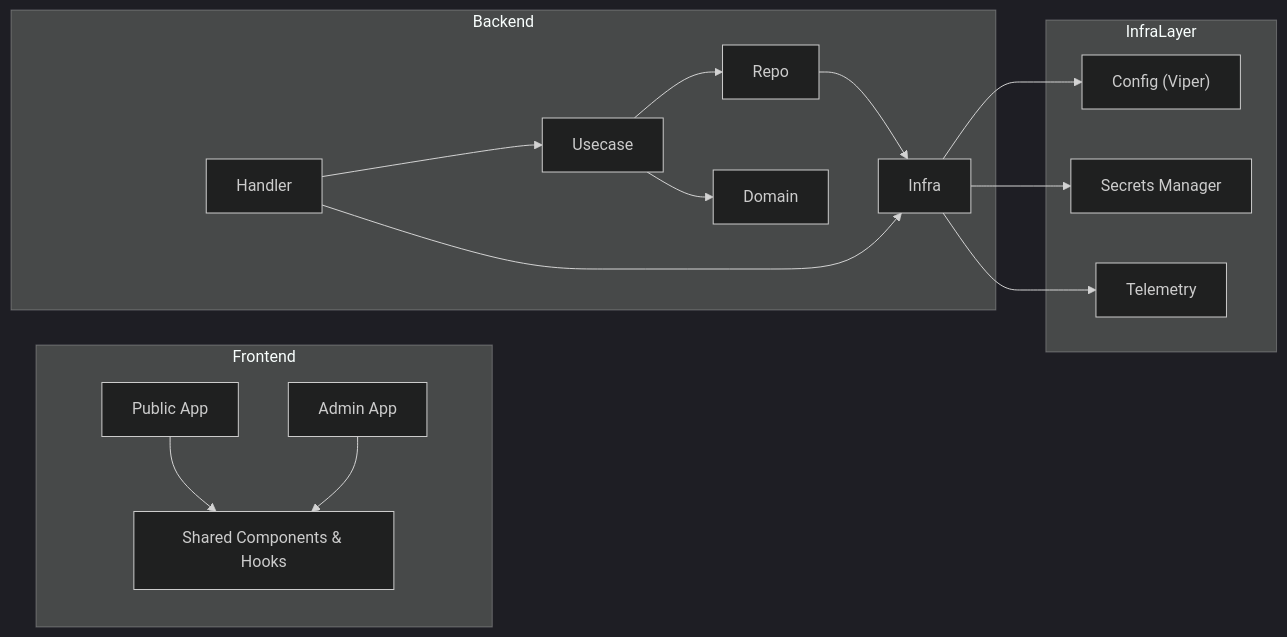
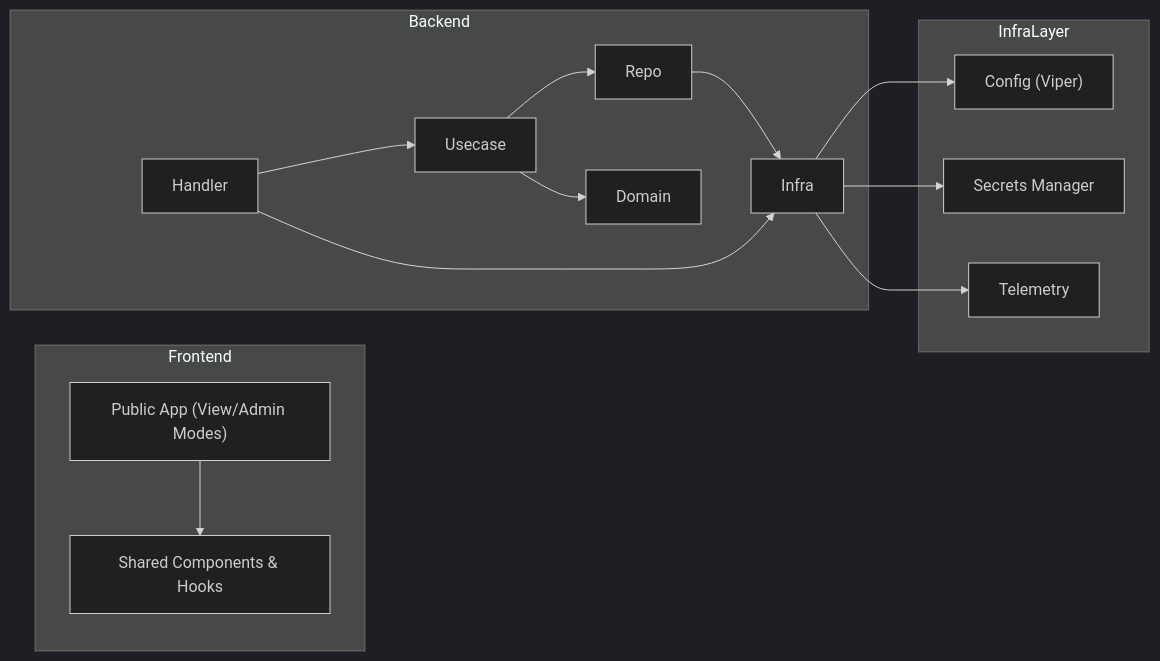
Before and after one commit to ttokunaga-jp/personalWebsite: the third of 3 diagrams in docs/architecture-design.md, drawn with Mermaid (dark theme). The commit also changed other lines of this file and 82 other files, not shown here.

````diff
--- a/docs/architecture-design.md
+++ b/docs/architecture-design.md
@@ -91,31 +89,29 @@
 ```mermaid
 graph LR
     subgraph Frontend
-        Public["Public App"]
-        AdminUI["Admin App"]
+        Public["Public App (View/Admin Modes)"]
         Shared["Shared Components & Hooks"]
     end
     subgraph Backend
         Handler
         Usecase
         Repo
         Domain
         Infra
     end
     subgraph InfraLayer
         Config["Config (Viper)"]
         Secrets["Secrets Manager"]
         Observability["Telemetry"]
     end
 
     Public --> Shared
-    AdminUI --> Shared
     Handler --> Usecase
     Usecase --> Repo
     Usecase --> Domain
     Repo --> Infra
     Infra --> Config
     Infra --> Secrets
     Infra --> Observability
     Handler --> Infra
 ```
````
